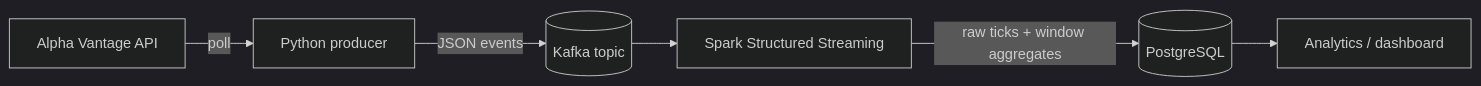
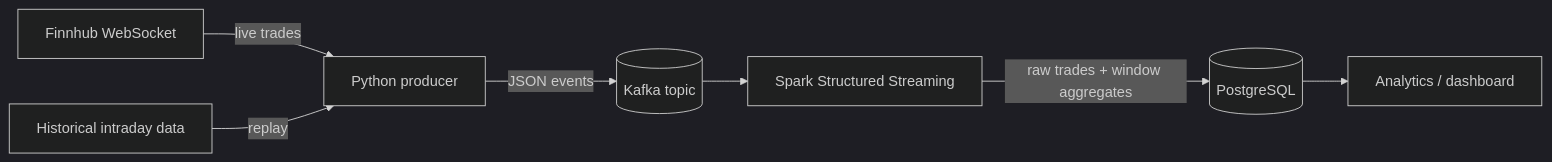
One commit to FelixSchramm/real-time-stock-market-pipeline changed the diagram in README.md. Above: the diagram before and after it, drawn with Mermaid (dark theme). The commit also changed other lines of this file, not shown here.

First line of the commit message:
docs: switch README data source to Finnhub stream plus replay mode

````diff
--- a/README.md
+++ b/README.md
@@ -31,8 +36,9 @@
 ```mermaid
 flowchart LR
-    A[Alpha Vantage API] -->|poll| B[Python producer]
-    B -->|JSON events| C[(Kafka topic)]
-    C --> D[Spark Structured Streaming]
-    D -->|raw ticks + window aggregates| E[(PostgreSQL)]
-    E --> F[Analytics / dashboard]
+    A[Finnhub WebSocket] -->|live trades| C[Python producer]
+    B[Historical intraday data] -->|replay| C
+    C -->|JSON events| D[(Kafka topic)]
+    D --> E[Spark Structured Streaming]
+    E -->|raw trades + window aggregates| F[(PostgreSQL)]
+    F --> G[Analytics / dashboard]
 ```
````
